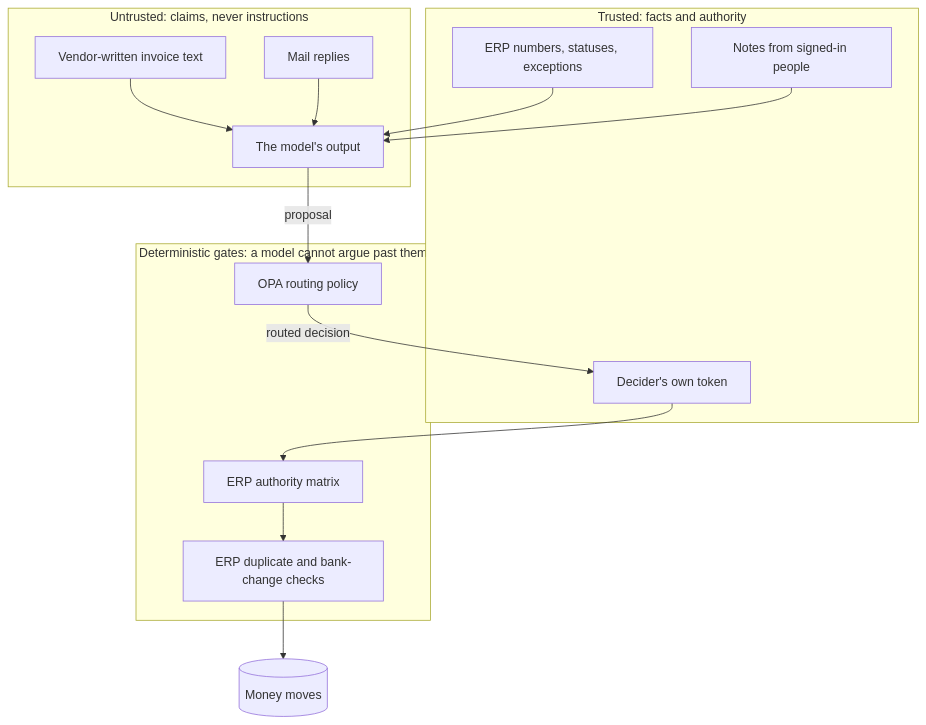
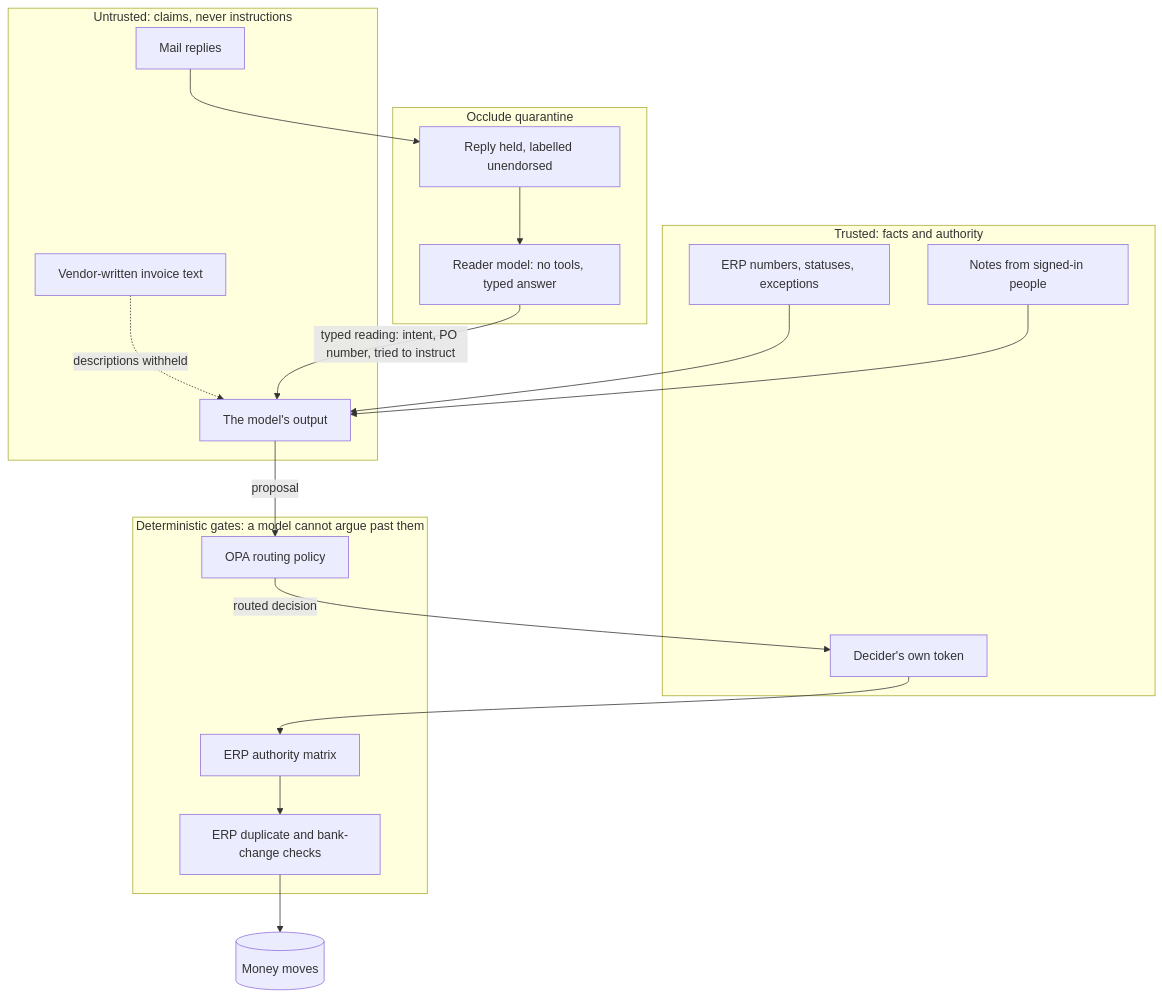
The third of 4 diagrams in docs/system.md (jwcarman/nessy-ap), drawn with Mermaid before and after one commit. The commit also changed other lines of this file and 3 other files, not shown here.

````diff
--- a/docs/system.md
+++ b/docs/system.md
@@ -116,25 +116,29 @@
 ```mermaid
 flowchart TB
   subgraph Untrusted["Untrusted: claims, never instructions"]
     V[Vendor-written invoice text]
     R[Mail replies]
     M[The model's output]
+  end
+  subgraph Quarantine["Occlude quarantine"]
+    Q[Reply held, labelled unendorsed]
+    QR[Reader model: no tools, typed answer]
   end
   subgraph Trusted["Trusted: facts and authority"]
     E[ERP numbers, statuses, exceptions]
     N[Notes from signed-in people]
     T[Decider's own token]
   end
   subgraph Gates["Deterministic gates: a model cannot argue past them"]
     G1[OPA routing policy]
     G2[ERP authority matrix]
     G3[ERP duplicate and bank-change checks]
   end
-  V --> M
-  R --> M
+  V -. descriptions withheld .-> M
+  R --> Q --> QR -- "typed reading: intent, PO number, tried to instruct" --> M
   E --> M
   N --> M
   M -- proposal --> G1
   G1 -- routed decision --> T
   T --> G2 --> G3 --> PAY[(Money moves)]
 ```
````
